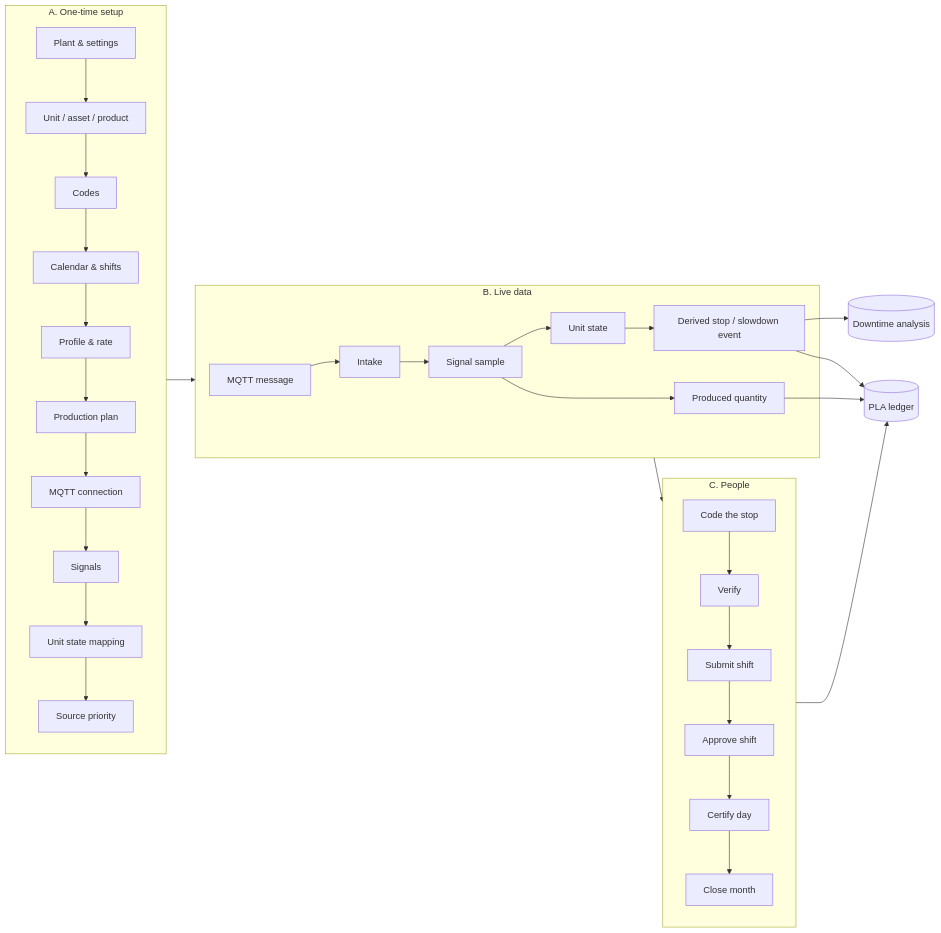
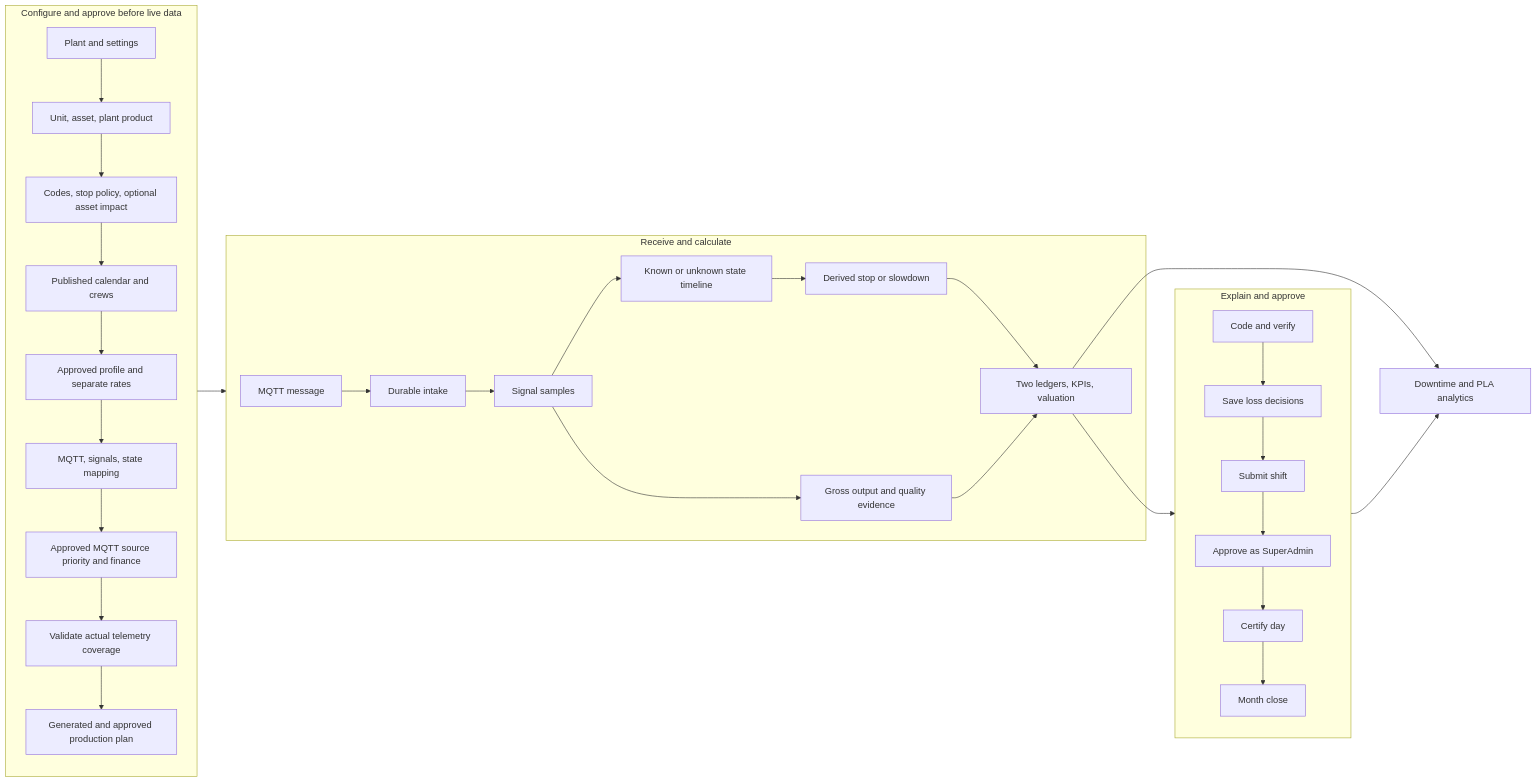
The first of 5 diagrams in docs/E2E_SINGLE_EXTRUDER.md (tofelemed/PLA-Downtime-RCA-V3), drawn with Mermaid before and after one commit. The commit also changed other lines of this file and 346 other files, not shown here.

Commit message:
Complete equipment setup, approvals and analysis navigation

````diff
--- a/docs/E2E_SINGLE_EXTRUDER.md
+++ b/docs/E2E_SINGLE_EXTRUDER.md
@@ -22,19 +95,31 @@
 ```mermaid
 flowchart LR
-  subgraph SETUP["A. One-time setup"]
-    S1[Plant & settings] --> S2[Unit / asset / product] --> S3[Codes] --> S4[Calendar & shifts] --> S5[Profile & rate] --> S6[Production plan]
-    S6 --> S7[MQTT connection] --> S8[Signals] --> S9[Unit state mapping] --> S10[Source priority]
+  subgraph SETUP["Configure and approve before live data"]
+    S1[Plant and settings] --> S2[Unit, asset, plant product]
+    S2 --> S3[Codes, stop policy, optional asset impact]
+    S3 --> S4[Published calendar and crews]
+    S4 --> S5[Approved profile and separate rates]
+    S5 --> S8[MQTT, signals, state mapping]
+    S8 --> S9[Approved MQTT source priority and finance]
+    S9 --> V[Validate actual telemetry coverage]
+    V --> S6[Generated and approved production plan]
   end
-  subgraph RUN["B. Live data"]
-    M[MQTT message] --> I[Intake] --> SM[Signal sample] --> ST[Unit state] --> DS[Derived stop / slowdown event]
-    SM --> Q[Produced quantity]
+  subgraph RUN["Receive and calculate"]
+    M[MQTT message] --> I[Durable intake]
+    I --> SM[Signal samples]
+    SM --> ST[Known or unknown state timeline]
+    ST --> DS[Derived stop or slowdown]
+    SM --> Q[Gross output and quality evidence]
+    DS --> CALC[Two ledgers, KPIs, valuation]
+    Q --> CALC
   end
-  subgraph WORK["C. People"]
-    C1[Code the stop] --> C2[Verify] --> C3[Submit shift] --> C4[Approve shift] --> C5[Certify day] --> C6[Close month]
+  subgraph PEOPLE["Explain and approve"]
+    CODE[Code and verify] --> REC[Save loss decisions]
+    REC --> SUB[Submit shift] --> APP[Approve as SuperAdmin]
+    APP --> DAY[Certify day] --> MONTH[Month close]
   end
-  SETUP --> RUN --> WORK
-  DS --> DT[(Downtime analysis)]
-  Q --> PLA[(PLA ledger)]
-  DS --> PLA
-  WORK --> PLA
+  SETUP --> RUN
+  CALC --> PEOPLE
+  CALC --> UI[Downtime and PLA analytics]
+  PEOPLE --> UI
 ```
````
